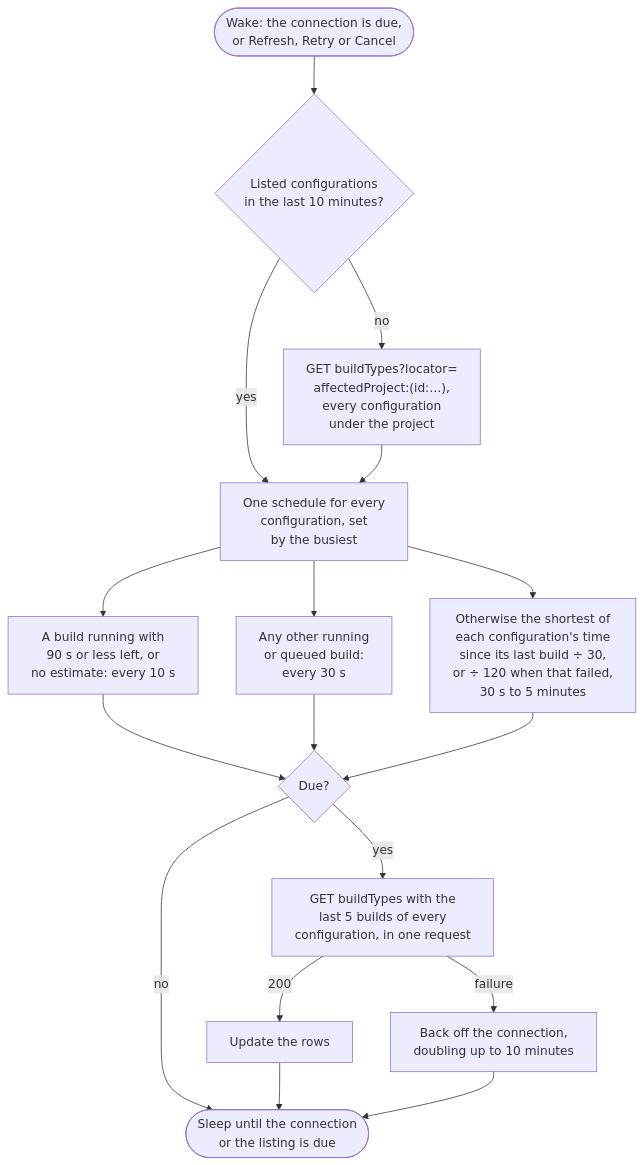
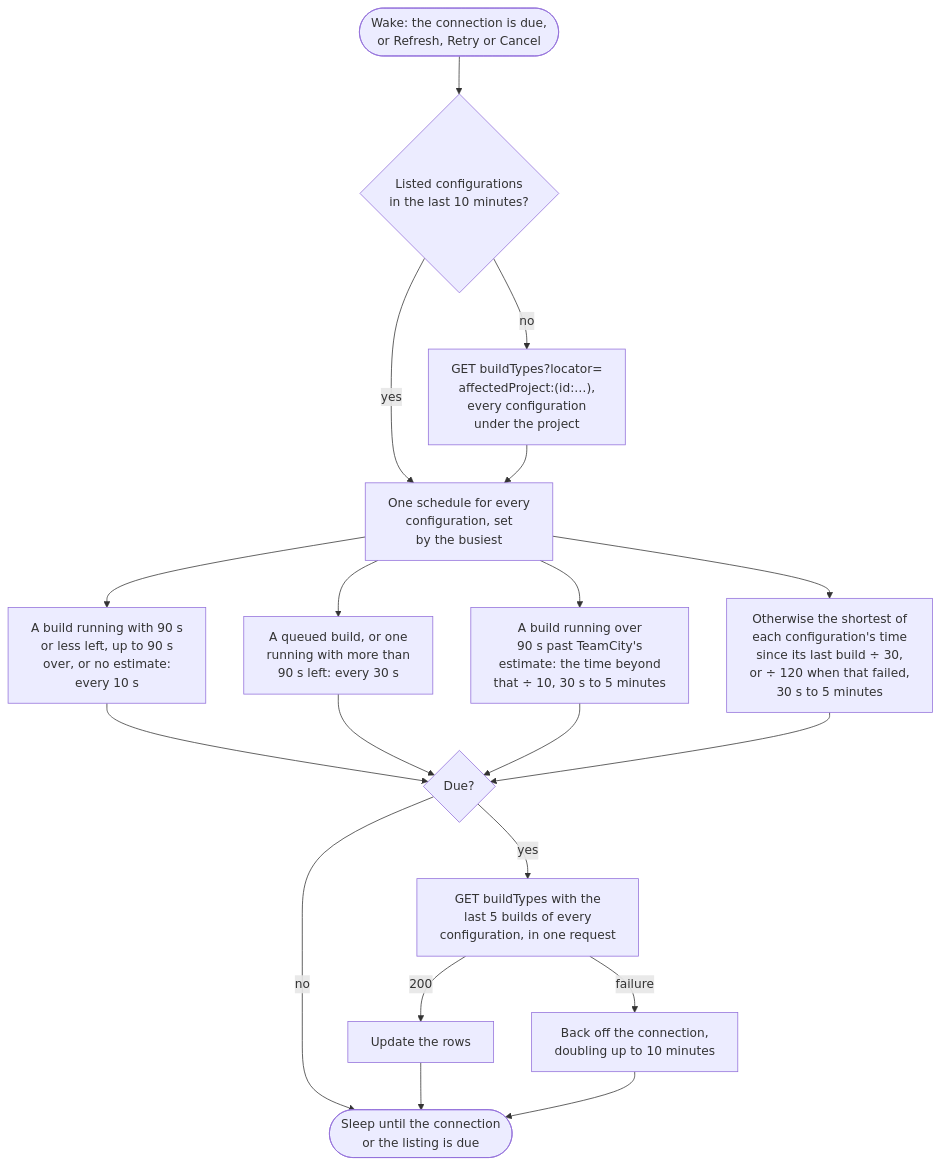
The diagram in docs/mdsource/providers/teamcity.source.md (SimonCropp/BuildMonitor), drawn with Mermaid before and after one commit. The commit also changed 30 other files, not shown here.

First line of the commit message:
Aim the running interval at when a build is expected to finish

````diff
--- a/docs/mdsource/providers/teamcity.source.md
+++ b/docs/mdsource/providers/teamcity.source.md
@@ -32,24 +32,26 @@
 ```mermaid
 ---
 config:
   flowchart:
     wrappingWidth: 400
 ---
 flowchart TD
     wake(["Wake: the connection is due,<br/>or Refresh, Retry or Cancel"]) --> listed{"Listed configurations<br/>in the last 10 minutes?"}
     listed -- "no" --> discover["GET buildTypes?locator=<br/>affectedProject:(id:…),<br/>every configuration<br/>under the project"]
     listed -- "yes" --> interval["One schedule for every<br/>configuration, set<br/>by the busiest"]
     discover --> interval
-    interval --> finishing["A build running with<br/>90 s or less left, or<br/>no estimate: every 10 s"]
-    interval --> running["Any other running<br/>or queued build:<br/>every 30 s"]
+    interval --> finishing["A build running with 90 s<br/>or less left, up to 90 s<br/>over, or no estimate:<br/>every 10 s"]
+    interval --> running["A queued build, or one<br/>running with more than<br/>90 s left: every 30 s"]
+    interval --> overrun["A build running over<br/>90 s past TeamCity's<br/>estimate: the time beyond<br/>that ÷ 10, 30 s to 5 minutes"]
     interval --> quiet["Otherwise the shortest of<br/>each configuration's time<br/>since its last build ÷ 30,<br/>or ÷ 120 when that failed,<br/>30 s to 5 minutes"]
     finishing --> due{"Due?"}
     running --> due
+    overrun --> due
     quiet --> due
     due -- "no" --> sleep(["Sleep until the connection<br/>or the listing is due"])
     due -- "yes" --> fetch["GET buildTypes with the<br/>last 5 builds of every<br/>configuration, in one request"]
     fetch -- "200" --> rows["Update the rows"]
     fetch -- "failure" --> backoff["Back off the connection,<br/>doubling up to 10 minutes"]
     rows --> sleep
     backoff --> sleep
 ```
````
